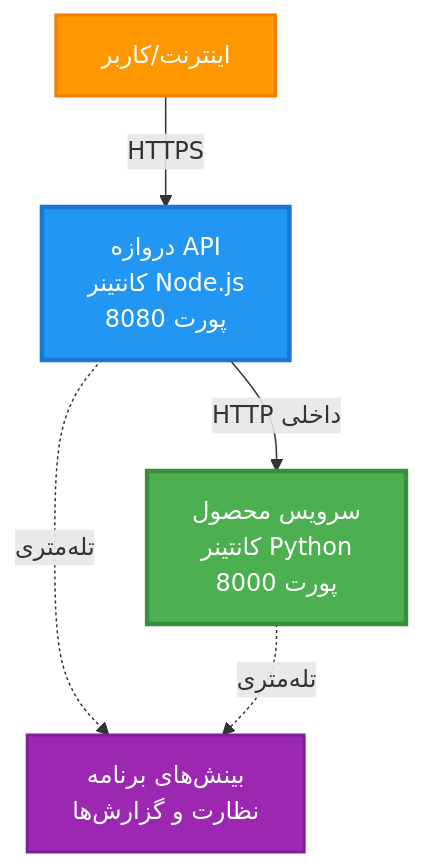
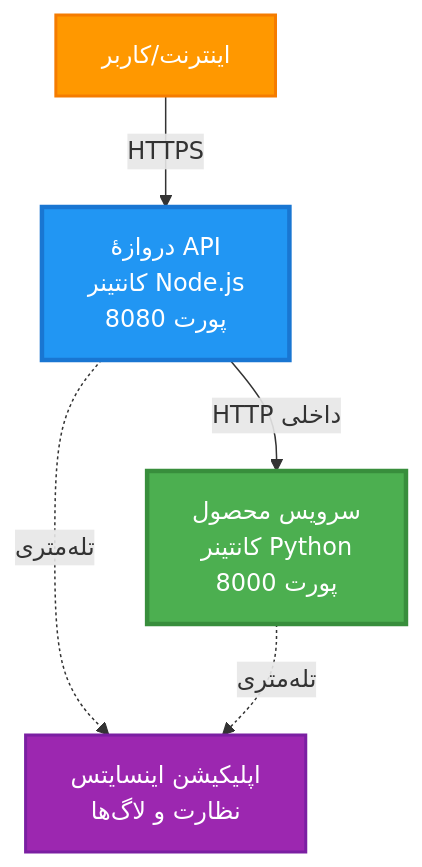
Before and after one commit to microsoft/AZD-for-beginners: the first of 4 diagrams in translations/fa/examples/microservices/README.md, drawn with Mermaid. The commit also changed other lines of this file and 298 other files, not shown here.

````diff
--- a/translations/fa/examples/microservices/README.md
+++ b/translations/fa/examples/microservices/README.md
@@ -40,17 +31,17 @@
 ```mermaid
 graph TB
     Internet[اینترنت/کاربر]
-    Gateway[دروازه API<br/>کانتینر Node.js<br/>پورت 8080]
+    Gateway[دروازهٔ API<br/>کانتینر Node.js<br/>پورت 8080]
     Product[سرویس محصول<br/>کانتینر Python<br/>پورت 8000]
-    AppInsights[بینش‌های برنامه<br/>نظارت و گزارش‌ها]
+    AppInsights[اپلیکیشن اینسایتس<br/>نظارت و لاگ‌ها]
     
     Internet -->|HTTPS| Gateway
     Gateway -->|HTTP داخلی| Product
     Gateway -.->|تله‌متری| AppInsights
     Product -.->|تله‌متری| AppInsights
     
     style Gateway fill:#2196F3,stroke:#1976D2,stroke-width:3px,color:#fff
     style Product fill:#4CAF50,stroke:#388E3C,stroke-width:3px,color:#fff
     style Internet fill:#FF9800,stroke:#F57C00,stroke-width:2px,color:#fff
     style AppInsights fill:#9C27B0,stroke:#7B1FA2,stroke-width:2px,color:#fff
 ```
````
